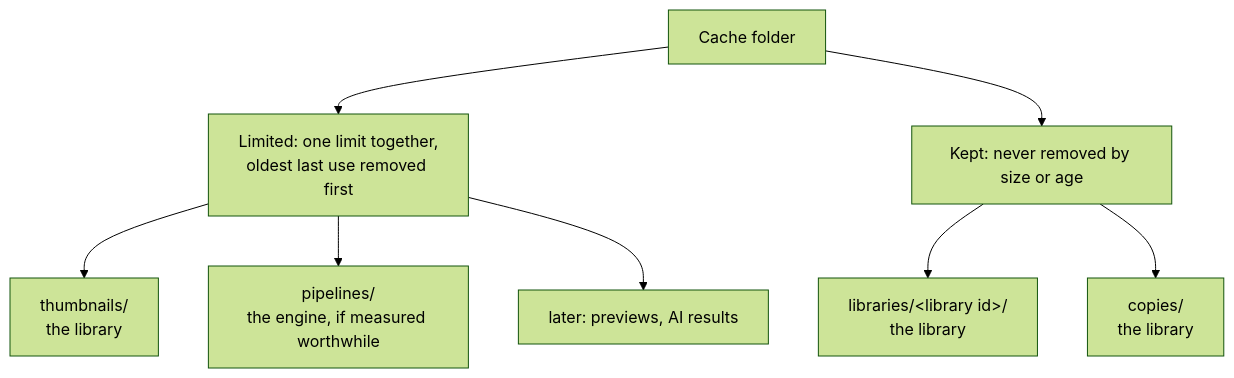
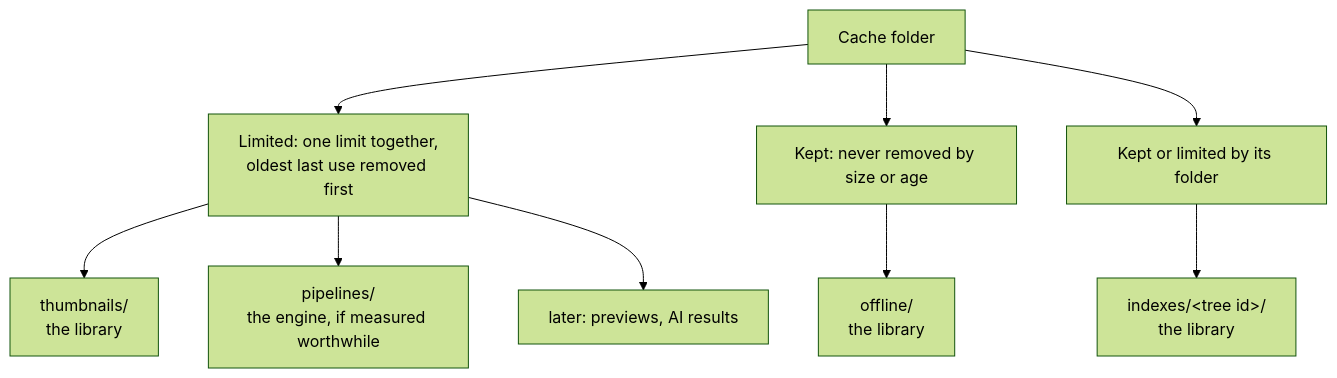
One commit to apertrust/apertrust changed the diagram in docs/cache.md. Above: the diagram before and after it, drawn with Mermaid (forest theme). The commit also changed other lines of this file and 31 other files, not shown here.

````diff
--- a/docs/cache.md
+++ b/docs/cache.md
@@ -28,11 +28,12 @@
 ```mermaid
 flowchart TD
     cache["Cache folder"]
     cache --> limited["Limited: one limit together,<br/>oldest last use removed first"]
     cache --> kept["Kept: never removed by size or age"]
     limited --> thumbs["thumbnails/<br/>the library"]
     limited --> pipes["pipelines/<br/>the engine, if measured worthwhile"]
     limited --> later["later: previews, AI results"]
-    kept --> libs["libraries/&lt;library id&gt;/<br/>the library"]
-    kept --> copies["copies/<br/>the library"]
+    cache --> both["Kept or limited by its folder"]
+    both --> idx["indexes/&lt;tree id&gt;/<br/>the library"]
+    kept --> offline["offline/<br/>the library"]
 ```
````
